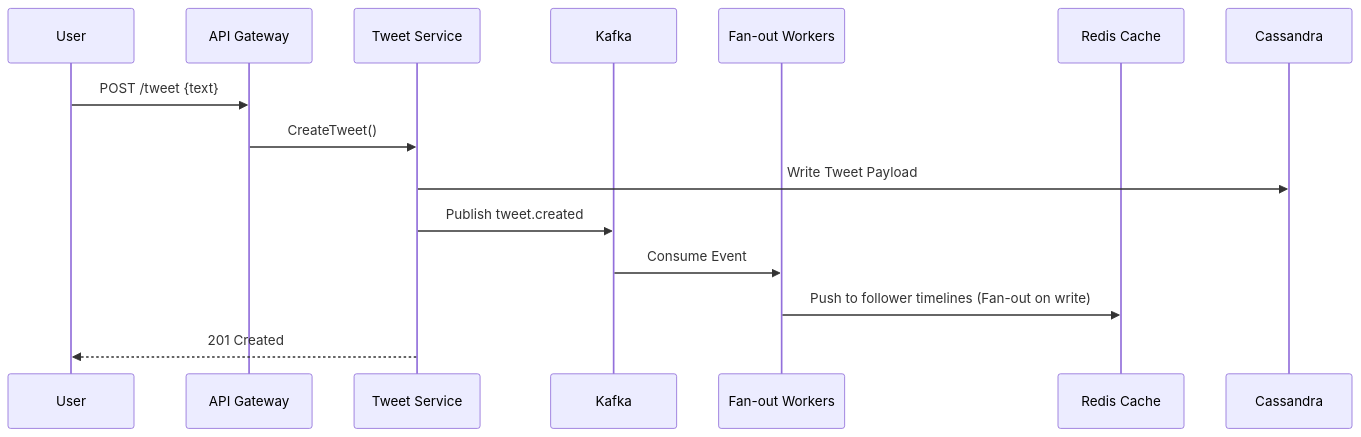
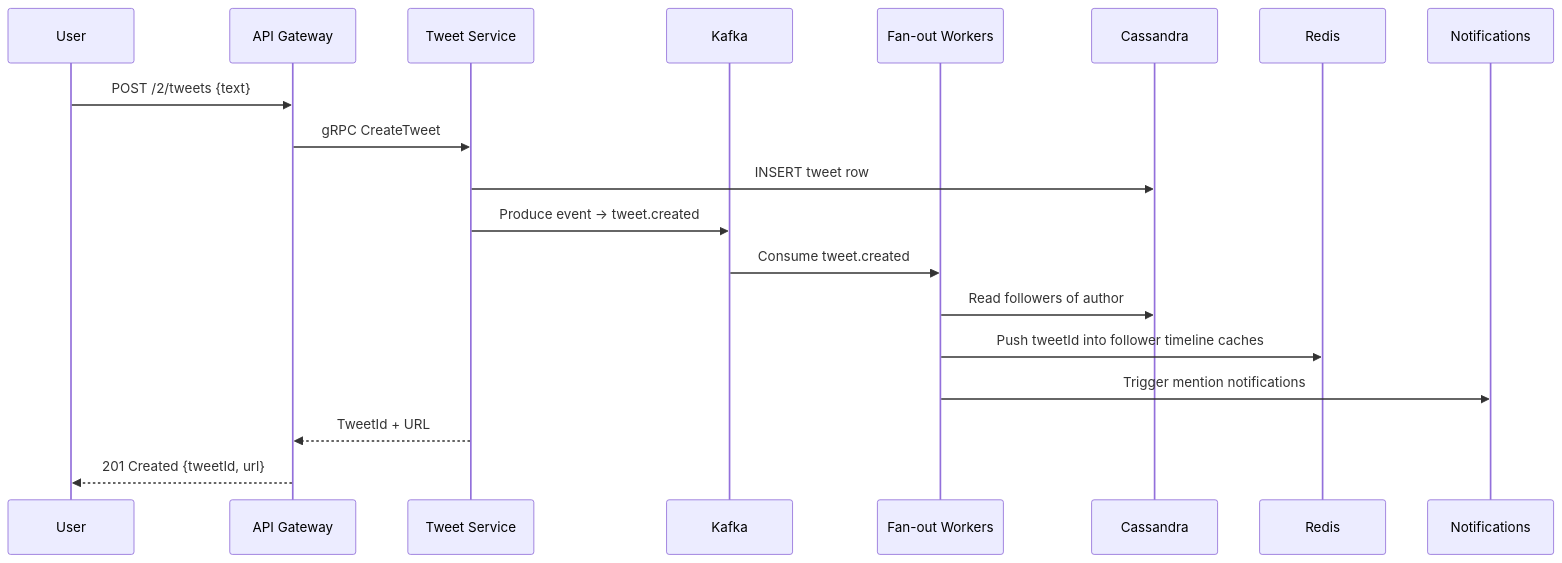
Before and after one commit to CyberVerve07/Systems_Designs_learning: the tenth of 16 diagrams in theory/twitter_x_system_design/README.md, drawn with Mermaid. The commit also changed other lines of this file and 7 other files, not shown here.

Commit message:
feat: add comprehensive system design documentation and architecture diagrams for Twitter/X

````diff
--- a/theory/twitter_x_system_design/README.md
+++ b/theory/twitter_x_system_design/README.md
@@ -178,18 +393,22 @@
 ```mermaid
 sequenceDiagram
     participant User
-    participant APIGW as API Gateway
-    participant Tweet as Tweet Service
-    participant Kafka as Kafka
-    participant Fanout as Fan-out Workers
-    participant Redis as Redis Cache
-    participant Cass as Cassandra
+    participant APIGW2 as API Gateway
+    participant TS3 as Tweet Service
+    participant KAFKA3 as Kafka
+    participant FAN3 as Fan-out Workers
+    participant CASS4 as Cassandra
+    participant REDIS3 as Redis
+    participant NOTIF3 as Notifications
 
-    User->>APIGW: POST /tweet {text}
-    APIGW->>Tweet: CreateTweet()
-    Tweet->>Cass: Write Tweet Payload
-    Tweet->>Kafka: Publish tweet.created
-    Kafka->>Fanout: Consume Event
-    Fanout->>Redis: Push to follower timelines (Fan-out on write)
-    Tweet-->>User: 201 Created
+    User->>APIGW2: POST /2/tweets {text}
+    APIGW2->>TS3: gRPC CreateTweet
+    TS3->>CASS4: INSERT tweet row
+    TS3->>KAFKA3: Produce event → tweet.created
+    KAFKA3->>FAN3: Consume tweet.created
+    FAN3->>CASS4: Read followers of author
+    FAN3->>REDIS3: Push tweetId into follower timeline caches
+    FAN3->>NOTIF3: Trigger mention notifications
+    TS3-->>APIGW2: TweetId + URL
+    APIGW2-->>User: 201 Created {tweetId, url}
 ```
````
